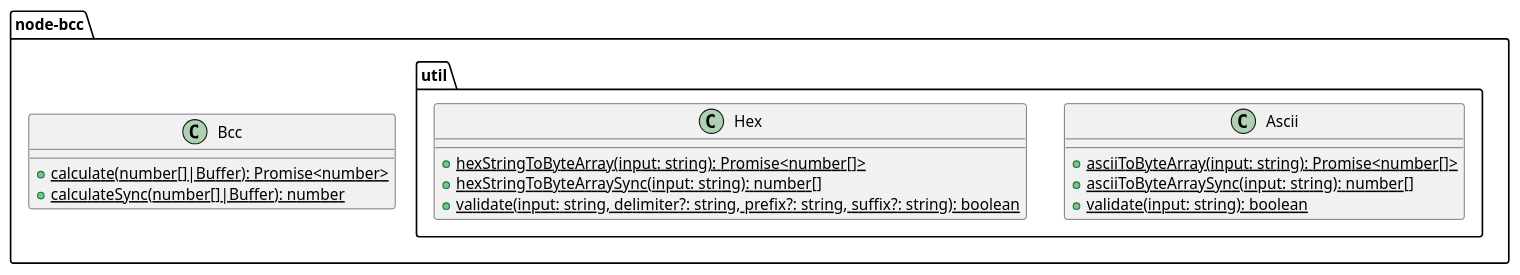
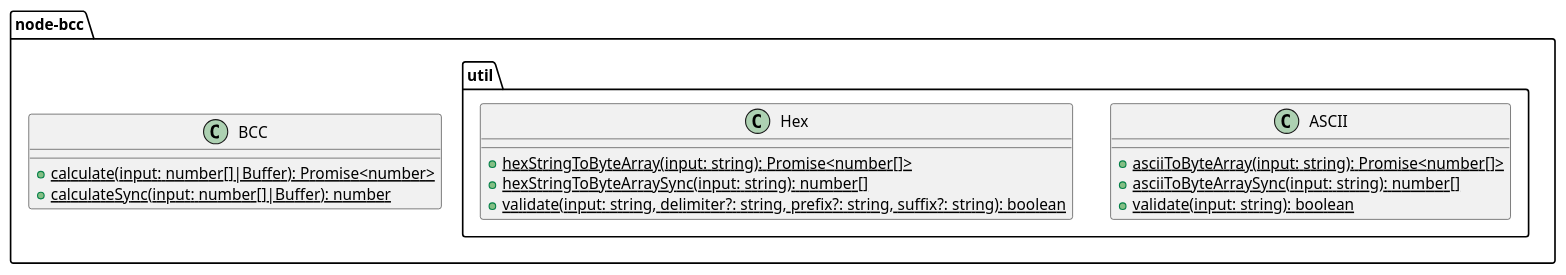
One commit to beyerleinf/node-bcc changed the diagram in architecture/v3/v3.puml. Above: the diagram before and after it, drawn with PlantUML. The commit also changed 3 other files, not shown here.

Commit message:
chore(): Fixed parameter in v3 architecture

```diff
--- a/architecture/v3/v3.puml
+++ b/architecture/v3/v3.puml
@@ -1,28 +1,28 @@
 @startuml node-bcc@v3
 
 package node-bcc {
-  class Bcc {
-    + {static} calculate(number[]|Buffer): Promise<number>
-    + {static} calculateSync(number[]|Buffer): number
+  class BCC {
+    + {static} calculate(input: number[]|Buffer): Promise<number>
+    + {static} calculateSync(input: number[]|Buffer): number
   }
 
   ' package stream {
   '   class BccStream
   ' }
 
   package util {
-    class Ascii {
+    class ASCII {
       + {static} asciiToByteArray(input: string): Promise<number[]>
       + {static} asciiToByteArraySync(input: string): number[]
       + {static} validate(input: string): boolean
     }
 
     class Hex {
       + {static} hexStringToByteArray(input: string): Promise<number[]>
       + {static} hexStringToByteArraySync(input: string): number[]
       + {static} validate(input: string, delimiter?: string, prefix?: string, suffix?: string): boolean
     }
   }
 }
 
 @enduml
```
